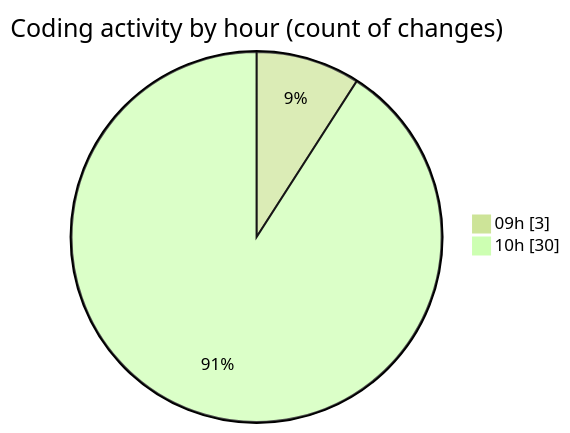
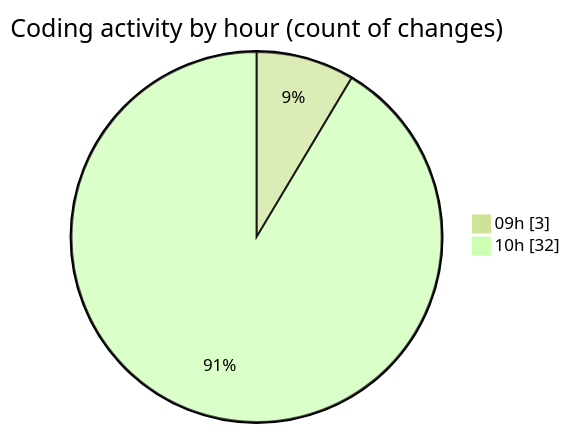
The second of 2 diagrams in 2025-11-19/cda/README.md (momahboobian/code-tracking), drawn with Mermaid (forest theme) before and after one commit. The commit also changed other lines of this file and 1 other file, not shown here.

````diff
--- a/2025-11-19/cda/README.md
+++ b/2025-11-19/cda/README.md
@@ -30,6 +30,6 @@
 ```mermaid
 pie showData
 title Coding activity by hour (count of changes)
 "09h" : 3
-"10h" : 30
+"10h" : 32
 ```
````
